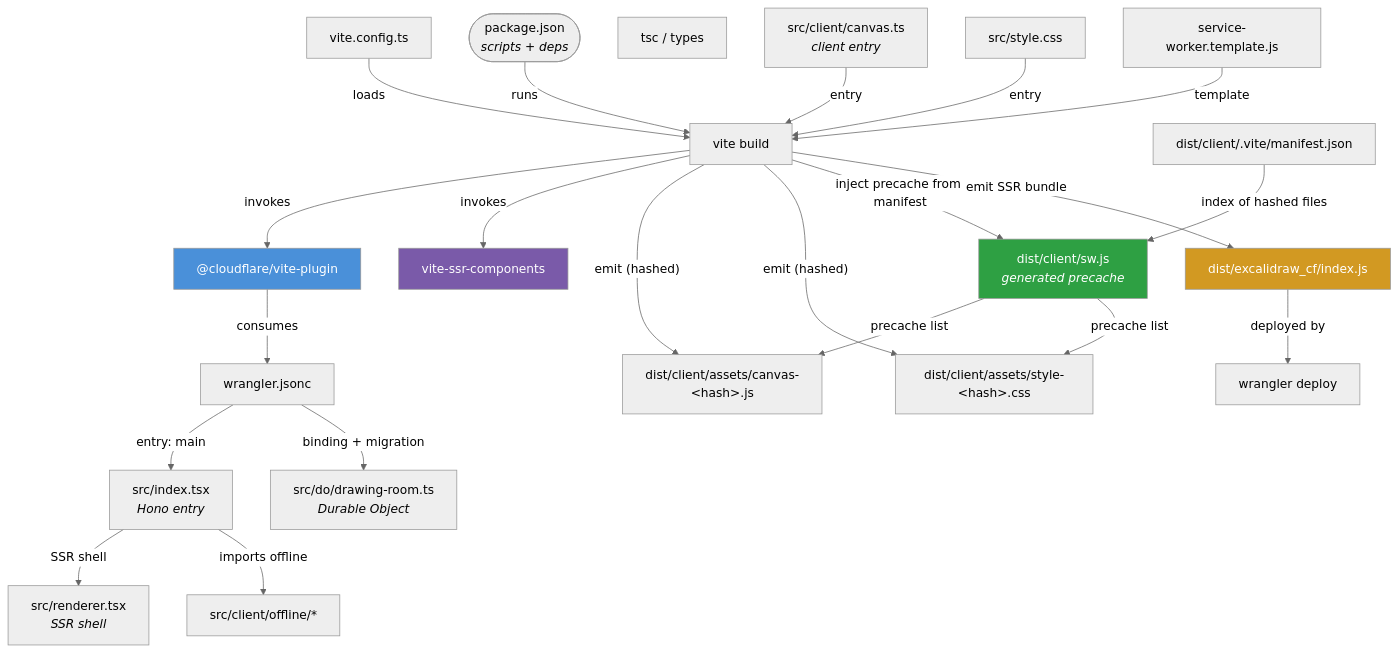
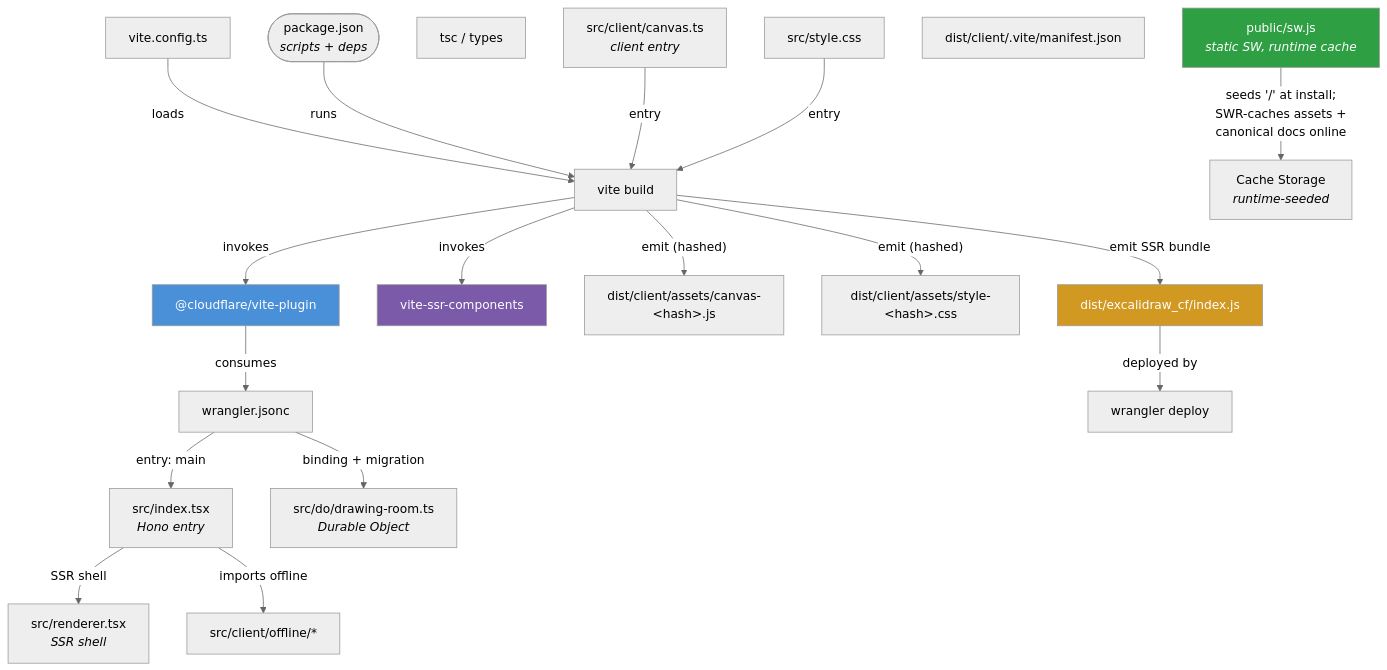
One commit to Lewiscowles1986/excalidraw-cf-stu-kennedy changed the first of 2 diagrams in docs/build-system.md. Above: the diagram before and after it, drawn with Mermaid (neutral theme). The commit also changed other lines of this file and 12 other files, not shown here.

First line of the commit message:
Replace templated service worker with runtime canonical-document caching

````diff
--- a/docs/build-system.md
+++ b/docs/build-system.md
@@ -26,65 +26,60 @@
 ```mermaid
 graph TD
     %% ── Source config ──────────────────────────────
     PKG(["package.json<br/><i>scripts + deps</i>"])
     VTC["vite.config.ts"]
     CFG["wrangler.jsonc"]
 
     %% ── Build tooling ─────────────────────────────
     VITE["vite build"]
     PLUGIN1["@cloudflare/vite-plugin"]
     PLUGIN2["vite-ssr-components"]
     WRANGLER["wrangler deploy"]
     TSC["tsc / types"]
 
     %% ── Frontend (client) ─────────────────────────
     CANVAS["src/client/canvas.ts<br/><i>client entry</i>"]
     CSS["src/style.css"]
 
     %% ── Backend (worker) ──────────────────────────
     IDX["src/index.tsx<br/><i>Hono entry</i>"]
     RDR["src/renderer.tsx<br/><i>SSR shell</i>"]
     DO["src/do/drawing-room.ts<br/><i>Durable Object</i>"]
     OFFLINE["src/client/offline/*"]
 
     %% ── Emitted artifacts ─────────────────────────
     MANI["dist/client/.vite/manifest.json"]
     HASJH["dist/client/assets/canvas-&lt;hash&gt;.js"]
     HASCSS["dist/client/assets/style-&lt;hash&gt;.css"]
-    SWGEN["dist/client/sw.js<br/><i>generated precache</i>"]
+    SWSTAT["public/sw.js<br/><i>static SW, runtime cache</i>"]
     WORKER["dist/excalidraw_cf/index.js"]
-    SWT["service-worker.template.js"]
 
     %% ── Edges: config drives build ─────────────────
     VTC -- "loads" --> VITE
     PKG -- "runs" --> VITE
     VITE -- "invokes" --> PLUGIN1
     VITE -- "invokes" --> PLUGIN2
     PLUGIN1 -- "consumes" --> CFG
     CFG -- "entry: main" --> IDX
     CFG -- "binding + migration" --> DO
 
     %% ── Frontend → client bundle ───────────────────
     CANVAS -- "entry" --> VITE
     CSS -- "entry" --> VITE
     VITE -- "emit (hashed)" --> HASJH
     VITE -- "emit (hashed)" --> HASCSS
-    MANI -- "index of hashed files" --> SWGEN
 
-    %% ── SW precache is generated, not hard-coded ───
-    SWT -- "template" --> VITE
-    VITE -- "inject precache from manifest" --> SWGEN
-    SWGEN -- "precache list" --> HASJH
-    SWGEN -- "precache list" --> HASCSS
+    %% ── SW is a committed static file; cache built at runtime ───
+    SWSTAT -- "seeds '/' at install;\n SWR-caches assets +\n canonical docs online" --> RUNTIME["Cache Storage<br/><i>runtime-seeded</i>"]
 
     %% ── Backend → worker bundle ────────────────────
     IDX -- "SSR shell" --> RDR
     IDX -- "imports offline" --> OFFLINE
     VITE -- "emit SSR bundle" --> WORKER
     WORKER -- "deployed by" --> WRANGLER
 
     style PLUGIN1 fill:#4a90d9,color:#fff
     style PLUGIN2 fill:#7a5aa9,color:#fff
-    style SWGEN fill:#2ea043,color:#fff
+    style SWSTAT fill:#2ea043,color:#fff
     style WORKER fill:#d29922,color:#fff
 ```
````
